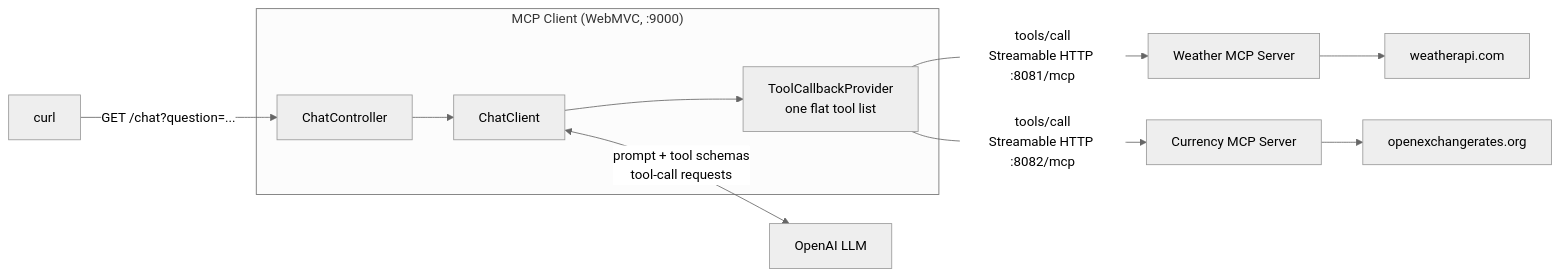
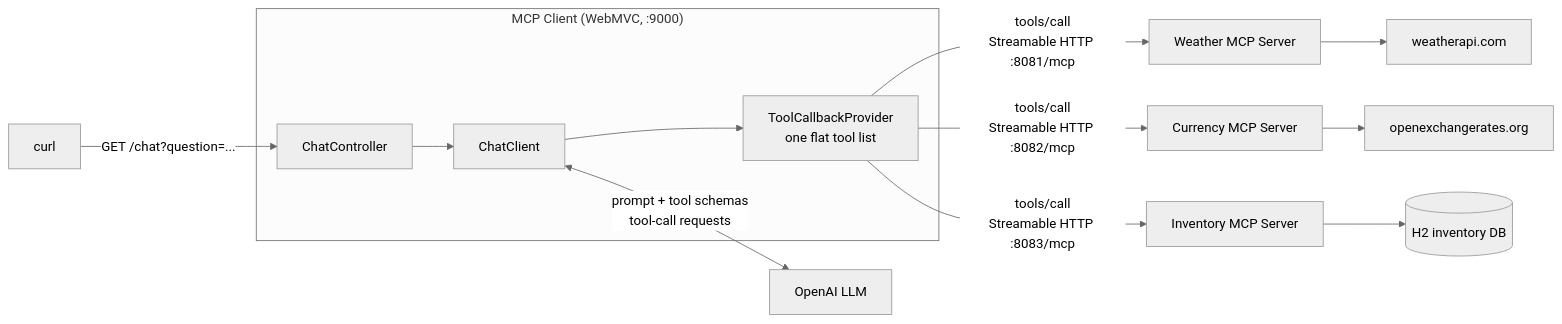
Before and after one commit to dilipsundarraj1/spring-ai: the first of 3 diagrams in mcp/mcp-client/webmvc/README.md, drawn with Mermaid (neutral theme). The commit also changed other lines of this file and 32 other files, not shown here.

Commit message:
add inventory MCP server with CRUD operations; implement inventory item management, exceptions, and integrate with MCP tools

````diff
--- a/mcp/mcp-client/webmvc/README.md
+++ b/mcp/mcp-client/webmvc/README.md
@@ -52,17 +55,19 @@
 ```mermaid
 flowchart LR
     U["curl"] -- "GET /chat?question=..." --> CC
 
     subgraph APP["MCP Client (WebMVC, :9000)"]
         CC["ChatController"] --> CH["ChatClient"]
         CH --> TP["ToolCallbackProvider<br/>one flat tool list"]
     end
 
     CH <-- "prompt + tool schemas<br/>tool-call requests" --> LLM["OpenAI LLM"]
 
     TP -- "tools/call<br/>Streamable HTTP :8081/mcp" --> WS["Weather MCP Server"]
     TP -- "tools/call<br/>Streamable HTTP :8082/mcp" --> XS["Currency MCP Server"]
+    TP -- "tools/call<br/>Streamable HTTP :8083/mcp" --> IS["Inventory MCP Server"]
 
     WS --> WA["weatherapi.com"]
     XS --> OX["openexchangerates.org"]
+    IS --> DB[("H2 inventory DB")]
 ```
````
